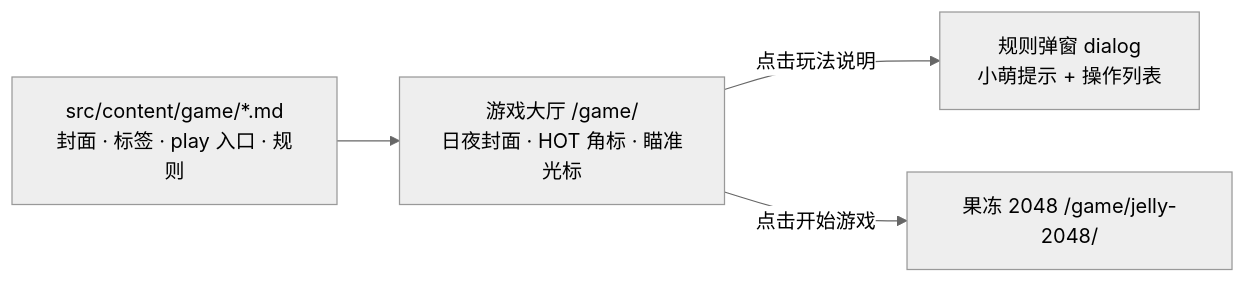
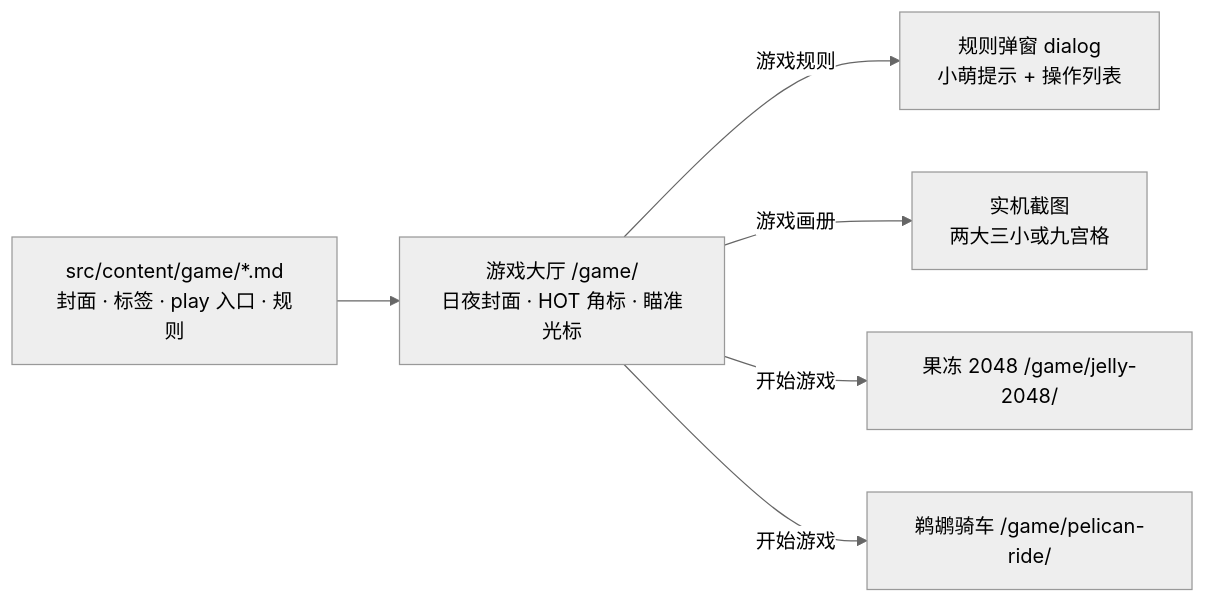
The seventh of 9 diagrams in src/content/project/硅基计划 个人网站项目 Cloudfare&GitHub仓库纯前端静态托管个人网站.md (pluchon/link_cloudfare_website), drawn with Mermaid (neutral theme) before and after one commit. The commit also changed other lines of this file and 4 other files, not shown here.

Commit message:
fix: 公告头图不再放大，鹈鹕骑车道具略增，更新 README 与个人网站文章

````diff
--- a/src/content/project/硅基计划 个人网站项目 Cloudfare&GitHub仓库纯前端静态托管个人网站.md
+++ b/src/content/project/硅基计划 个人网站项目 Cloudfare&GitHub仓库纯前端静态托管个人网站.md
@@ -187,6 +187,8 @@
 ```mermaid
 flowchart LR
     MD["src/content/game/*.md<br/>封面 · 标签 · play 入口 · 规则"] --> Lobby["游戏大厅 /game/<br/>日夜封面 · HOT 角标 · 瞄准光标"]
-    Lobby -->|点击玩法说明| Modal["规则弹窗 dialog<br/>小萌提示 + 操作列表"]
-    Lobby -->|点击开始游戏| Play["果冻 2048 /game/jelly-2048/"]
+    Lobby -->|游戏规则| Modal["规则弹窗 dialog<br/>小萌提示 + 操作列表"]
+    Lobby -->|游戏画册| Album["实机截图<br/>两大三小或九宫格"]
+    Lobby -->|开始游戏| Play["果冻 2048 /game/jelly-2048/"]
+    Lobby -->|开始游戏| Ride["鹈鹕骑车 /game/pelican-ride/"]
 ```
````
